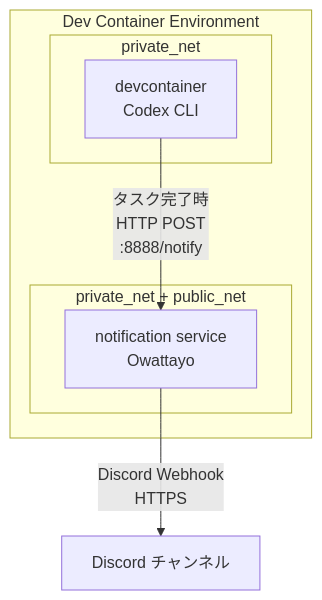
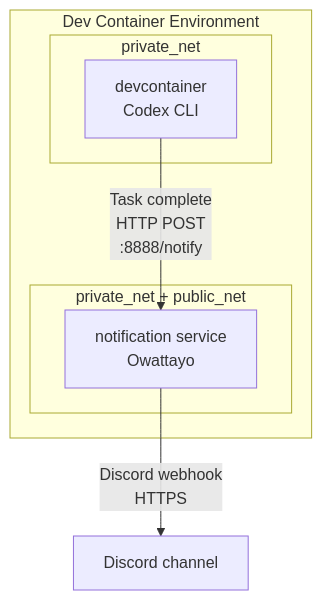
The diagram in README.md (massun-onibakuchi/codex-dev-container), drawn with Mermaid before and after one commit. The commit also changed other lines of this file, not shown here.

````diff
--- a/README.md
+++ b/README.md
@@ -123,15 +123,15 @@
 ```mermaid
 graph TD
     subgraph "Dev Container Environment"
         subgraph "private_net + public_net"
             B[notification service<br/>Owattayo]
         end
         subgraph "private_net"
             A[devcontainer<br/>Codex CLI]
         end
     end
-    C[Discord チャンネル]
+    C[Discord channel]
 
-    A -->|タスク完了時<br/>HTTP POST<br/>:8888/notify| B
-    B -->|Discord Webhook<br/>HTTPS| C
+    A -->|Task complete<br/>HTTP POST<br/>:8888/notify| B
+    B -->|Discord webhook<br/>HTTPS| C
 ```
````
